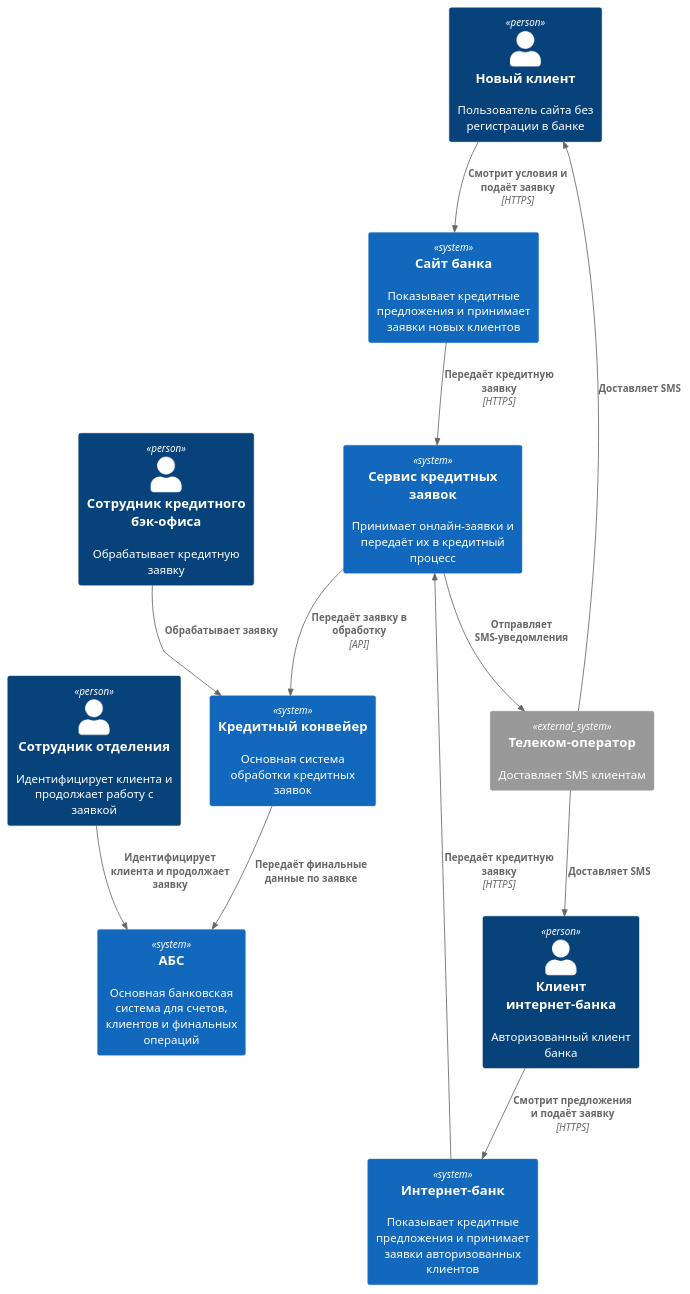
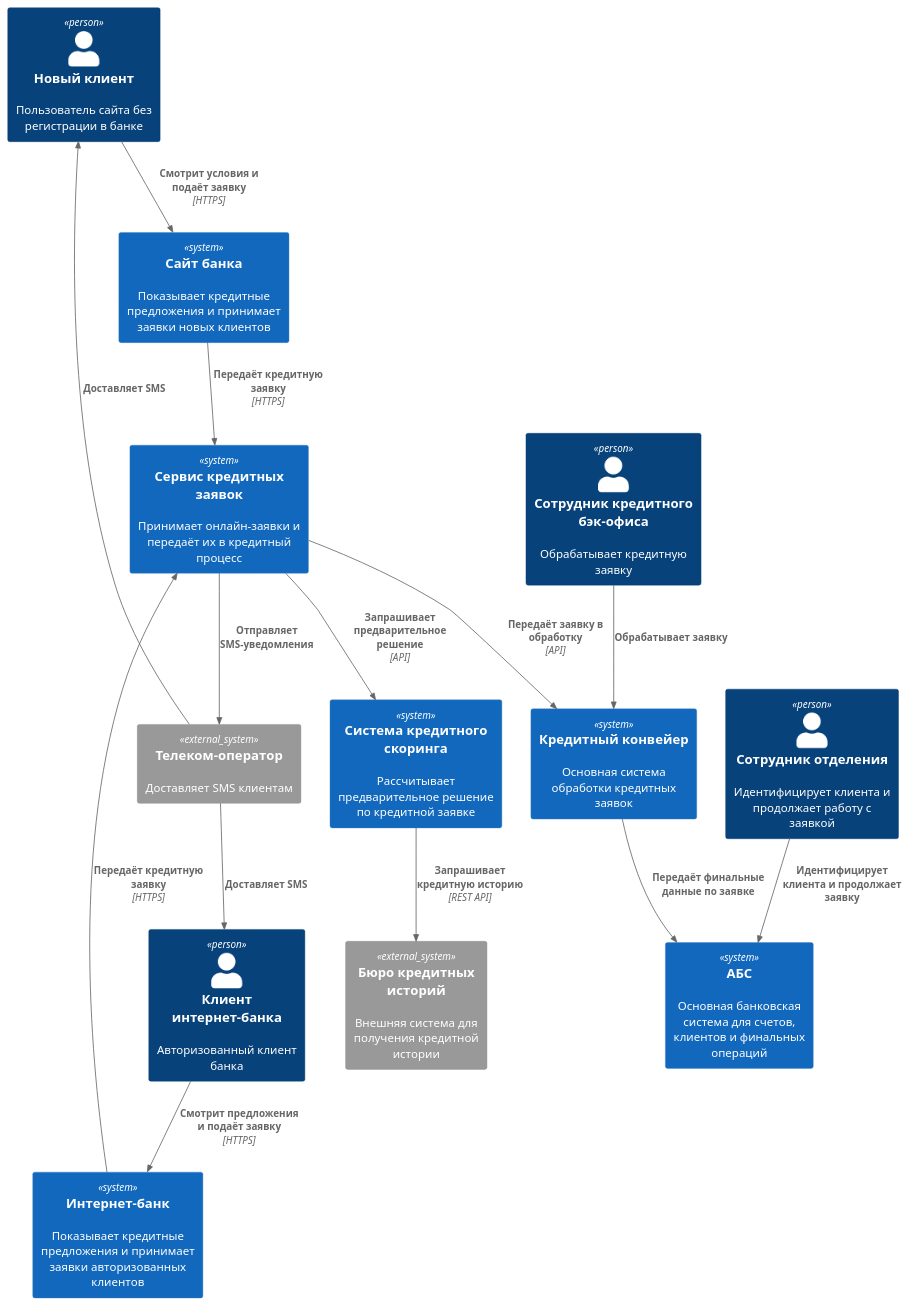
Before and after one commit to alexneysis/architecture-pro-standart-sprint-3: the diagram in task5/c4_context.puml, drawn with PlantUML. The commit also changed 2 other files, not shown here.

Commit message:
Добавил больше конкретики и добавил бюро кредитных историй на диаграммы

```diff
--- a/task5/c4_context.puml
+++ b/task5/c4_context.puml
@@ -1,33 +1,38 @@
 @startuml c4 context task 5
 
 !include https://raw.githubusercontent.com/plantuml-stdlib/C4-PlantUML/master/C4_Context.puml
 
 Person(new_client, "Новый клиент", "Пользователь сайта без регистрации в банке")
 Person(ib_client, "Клиент интернет-банка", "Авторизованный клиент банка")
 Person(branch_manager, "Сотрудник отделения", "Идентифицирует клиента и продолжает работу с заявкой")
 Person(credit_manager, "Сотрудник кредитного бэк-офиса", "Обрабатывает кредитную заявку")
 
 System(site, "Сайт банка", "Показывает кредитные предложения и принимает заявки новых клиентов")
 System(internet_bank, "Интернет-банк", "Показывает кредитные предложения и принимает заявки авторизованных клиентов")
 System(credit_application_service, "Сервис кредитных заявок", "Принимает онлайн-заявки и передаёт их в кредитный процесс")
 System(credit_conveyor, "Кредитный конвейер", "Основная система обработки кредитных заявок")
+System(scoring, "Система кредитного скоринга", "Рассчитывает предварительное решение по кредитной заявке")
 System(abs, "АБС", "Основная банковская система для счетов, клиентов и финальных операций")
+System_Ext(bki, "Бюро кредитных историй", "Внешняя система для получения кредитной истории")
 System_Ext(telecom_operator, "Телеком-оператор", "Доставляет SMS клиентам")
 
 Rel(new_client, site, "Смотрит условия и подаёт заявку", "HTTPS")
 Rel(site, credit_application_service, "Передаёт кредитную заявку", "HTTPS")
 
 Rel(ib_client, internet_bank, "Смотрит предложения и подаёт заявку", "HTTPS")
 Rel(internet_bank, credit_application_service, "Передаёт кредитную заявку", "HTTPS")
+
+Rel(credit_application_service, scoring, "Запрашивает предварительное решение", "API")
+Rel(scoring, bki, "Запрашивает кредитную историю", "REST API")
 
 Rel(credit_application_service, credit_conveyor, "Передаёт заявку в обработку", "API")
 Rel(credit_manager, credit_conveyor, "Обрабатывает заявку")
 
 Rel(branch_manager, abs, "Идентифицирует клиента и продолжает заявку")
 Rel(credit_conveyor, abs, "Передаёт финальные данные по заявке")
 
 Rel(credit_application_service, telecom_operator, "Отправляет SMS-уведомления")
 Rel(telecom_operator, new_client, "Доставляет SMS")
 Rel(telecom_operator, ib_client, "Доставляет SMS")
 
 @enduml
```
